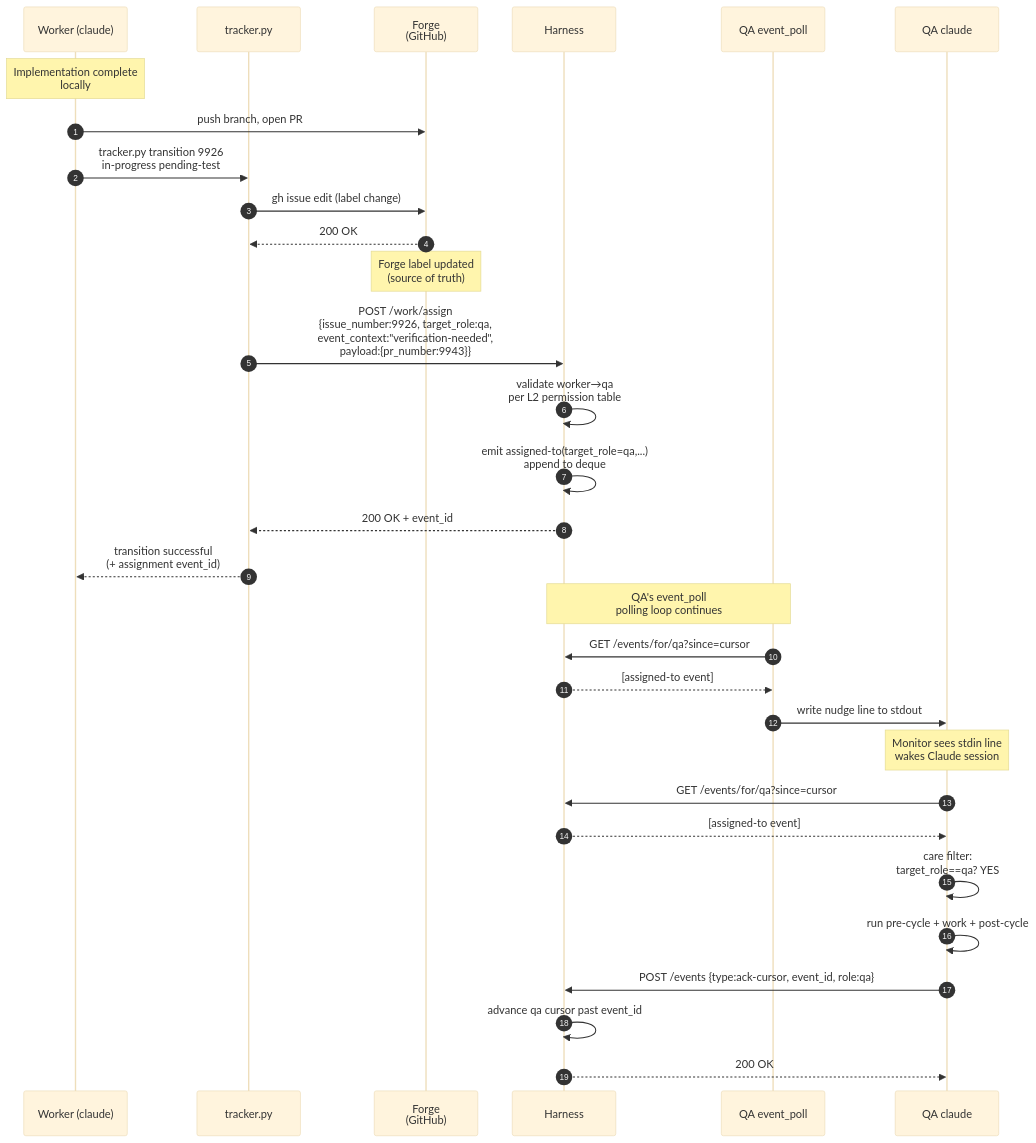
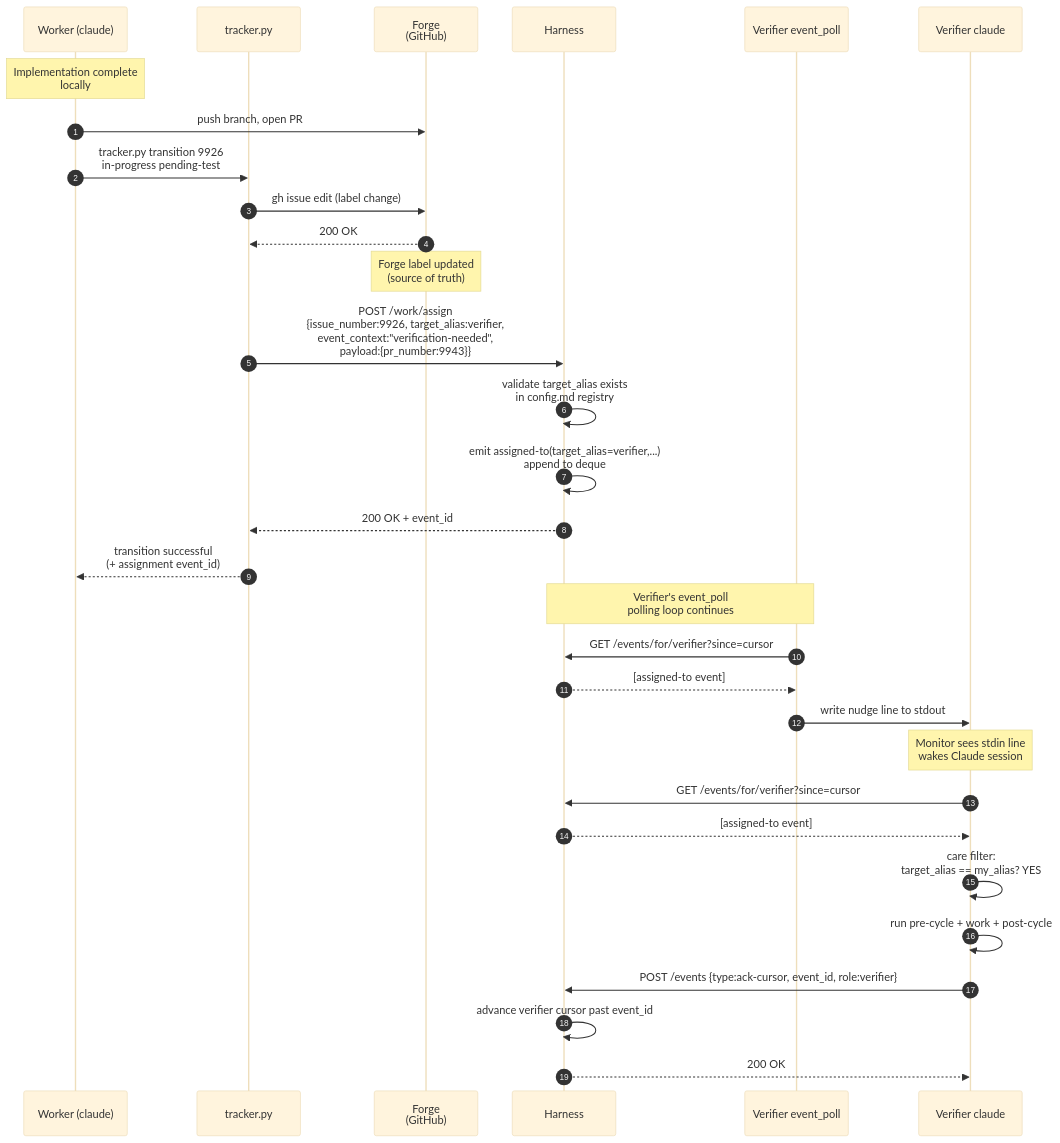
One commit to WallyDoodlez/SquidSquad changed diagram 13 of 16 in docs/AGENT-RUNTIME.md. Above: the diagram before and after it, drawn with Mermaid (base theme). The commit also changed other lines of this file and 7 other files, not shown here.

````diff
--- a/docs/AGENT-RUNTIME.md
+++ b/docs/AGENT-RUNTIME.md
@@ -738,38 +821,38 @@
 ```mermaid
 sequenceDiagram
     autonumber
     participant W as Worker (claude)
     participant TR as tracker.py
     participant F as Forge<br/>(GitHub)
     participant H as Harness
-    participant VEP as QA event_poll
-    participant VC as QA claude
+    participant VEP as Verifier event_poll
+    participant VC as Verifier claude
 
     Note over W: Implementation complete<br/>locally
     W->>F: push branch, open PR #9943
 
     W->>TR: tracker.py transition 9926<br/>in-progress pending-test
     TR->>F: gh issue edit (label change)
     F-->>TR: 200 OK
     Note over F: Forge label updated<br/>(source of truth)
-    TR->>H: POST /work/assign<br/>{issue_number:9926, target_role:qa,<br/>event_context:"verification-needed",<br/>payload:{pr_number:9943}}
-    H->>H: validate worker→qa<br/>per L2 permission table
-    H->>H: emit assigned-to(target_role=qa,...)<br/>append to deque
+    TR->>H: POST /work/assign<br/>{issue_number:9926, target_alias:verifier,<br/>event_context:"verification-needed",<br/>payload:{pr_number:9943}}
+    H->>H: validate target_alias exists<br/>in config.md registry
+    H->>H: emit assigned-to(target_alias=verifier,...)<br/>append to deque
     H-->>TR: 200 OK + event_id
     TR-->>W: transition successful<br/>(+ assignment event_id)
 
-    Note over H,VEP: QA's event_poll<br/>polling loop continues
+    Note over H,VEP: Verifier's event_poll<br/>polling loop continues
 
-    VEP->>H: GET /events/for/qa?since=cursor
+    VEP->>H: GET /events/for/verifier?since=cursor
     H-->>VEP: [assigned-to event]
     VEP->>VC: write nudge line to stdout
     Note over VC: Monitor sees stdin line<br/>wakes Claude session
 
-    VC->>H: GET /events/for/qa?since=cursor
+    VC->>H: GET /events/for/verifier?since=cursor
     H-->>VC: [assigned-to event]
-    VC->>VC: care filter:<br/>target_role==qa? YES
+    VC->>VC: care filter:<br/>target_alias == my_alias? YES
     VC->>VC: run pre-cycle + work + post-cycle
-    VC->>H: POST /events {type:ack-cursor, event_id, role:qa}
-    H->>H: advance qa cursor past event_id
+    VC->>H: POST /events {type:ack-cursor, event_id, role:verifier}
+    H->>H: advance verifier cursor past event_id
     H-->>VC: 200 OK
 ```
````
